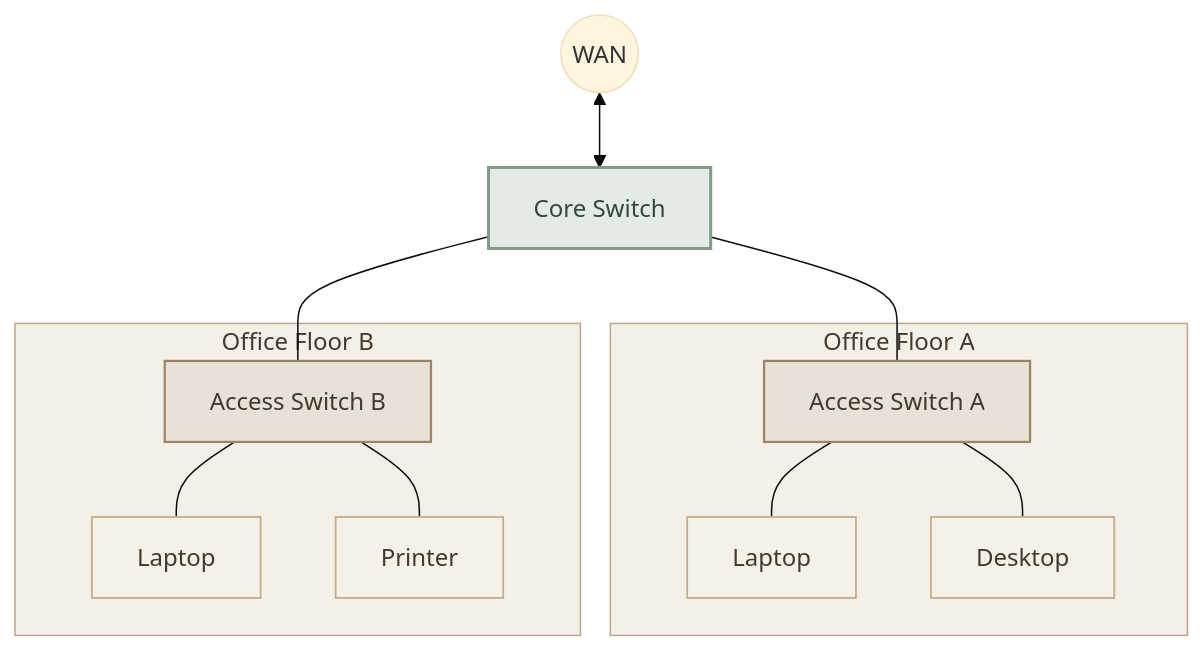
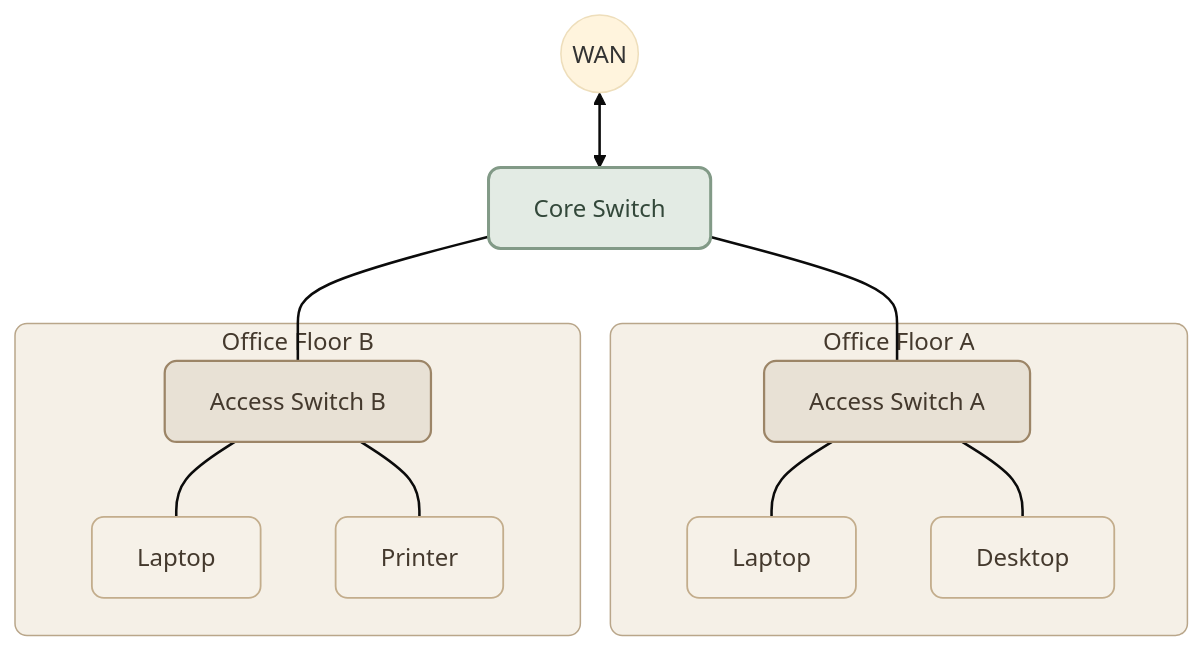
One commit to mustafammasoud/ops-handbook changed the sixth of 6 diagrams in content/networking/network-topologies.mdx. Above: the diagram before and after it, drawn with Mermaid (base theme). The commit also changed other lines of this file and 7 other files, not shown here.

````diff
--- a/content/networking/network-topologies.mdx
+++ b/content/networking/network-topologies.mdx
@@ -303,39 +310,40 @@
 ```mermaid
 flowchart TB
     WAN(("WAN"))
     Core["Core Switch"]
 
     WAN <--> Core
 
     subgraph FloorA["Office Floor A"]
         A["Access Switch A"]
         A1[" Laptop"]
         A2[" Desktop"]
 
         A --- A1
         A --- A2
     end
 
     subgraph FloorB["Office Floor B"]
         B["Access Switch B"]
         B1[" Laptop"]
         B2[" Printer"]
 
         B --- B1
         B --- B2
     end
 
     Core --- A
     Core --- B
 
-    classDef core fill:#E3EBE4,stroke:#829A87,color:#33483A,stroke-width:2px
-    classDef access fill:#E8E1D5,stroke:#9C8567,color:#44392D,stroke-width:1.5px
-    classDef endpoint fill:#F6F1E8,stroke:#C3AD8C,color:#44392D,stroke-width:1.2px
+    classDef core fill:#E3EBE4,stroke:#829A87,color:#33483A,stroke-width:2px,rx:8,ry:8
+    classDef access fill:#E8E1D5,stroke:#9C8567,color:#44392D,stroke-width:1.5px,rx:8,ry:8
+    classDef endpoint fill:#F6F1E8,stroke:#C3AD8C,color:#44392D,stroke-width:1.2px,rx:8,ry:8
 
     class Core core
     class A,B access
     class A1,A2,B1,B2 endpoint
 
-    style FloorA fill:#F5F0E7,stroke:#B9A68A,color:#44392D
-    style FloorB fill:#F5F0E7,stroke:#B9A68A,color:#44392D
+    style FloorA fill:#F5F0E7,stroke:#B9A68A,color:#44392D,rx:8,ry:8
+    style FloorB fill:#F5F0E7,stroke:#B9A68A,color:#44392D,rx:8,ry:8
+    linkStyle default stroke-width:1.7px
 ```
````
